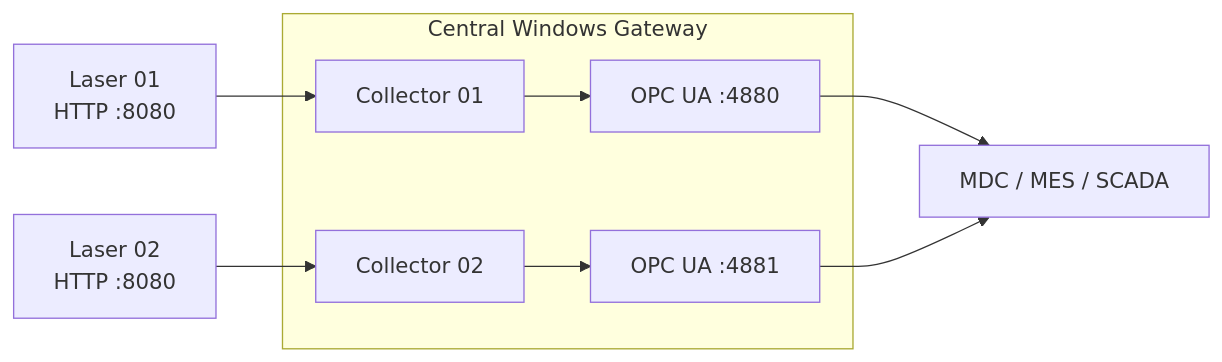
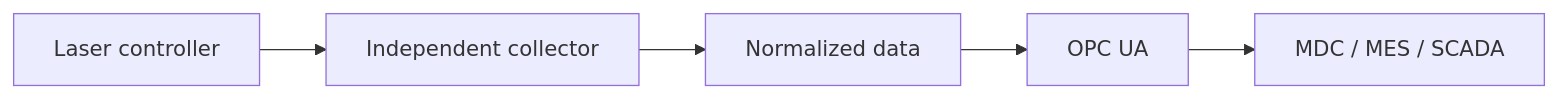
Before and after one commit to Viktor-Matskevich/cypcut-opcua-gateway: the diagram in README.md, drawn with Mermaid. The commit also changed other lines of this file, not shown here.

````diff
--- a/README.md
+++ b/README.md
@@ -25,11 +16,7 @@
 ```mermaid
 flowchart LR
-    M1["Laser 01<br/>HTTP :8080"] --> C1["Collector 01"]
-    M2["Laser 02<br/>HTTP :8080"] --> C2["Collector 02"]
-    subgraph G["Central Windows Gateway"]
-        C1 --> O1["OPC UA :4880"]
-        C2 --> O2["OPC UA :4881"]
-    end
-    O1 --> MDC["MDC / MES / SCADA"]
-    O2 --> MDC
+    A["Laser controller"] --> B["Independent collector"]
+    B --> C["Normalized data"]
+    C --> D["OPC UA"]
+    D --> E["MDC / MES / SCADA"]
 ```
````
